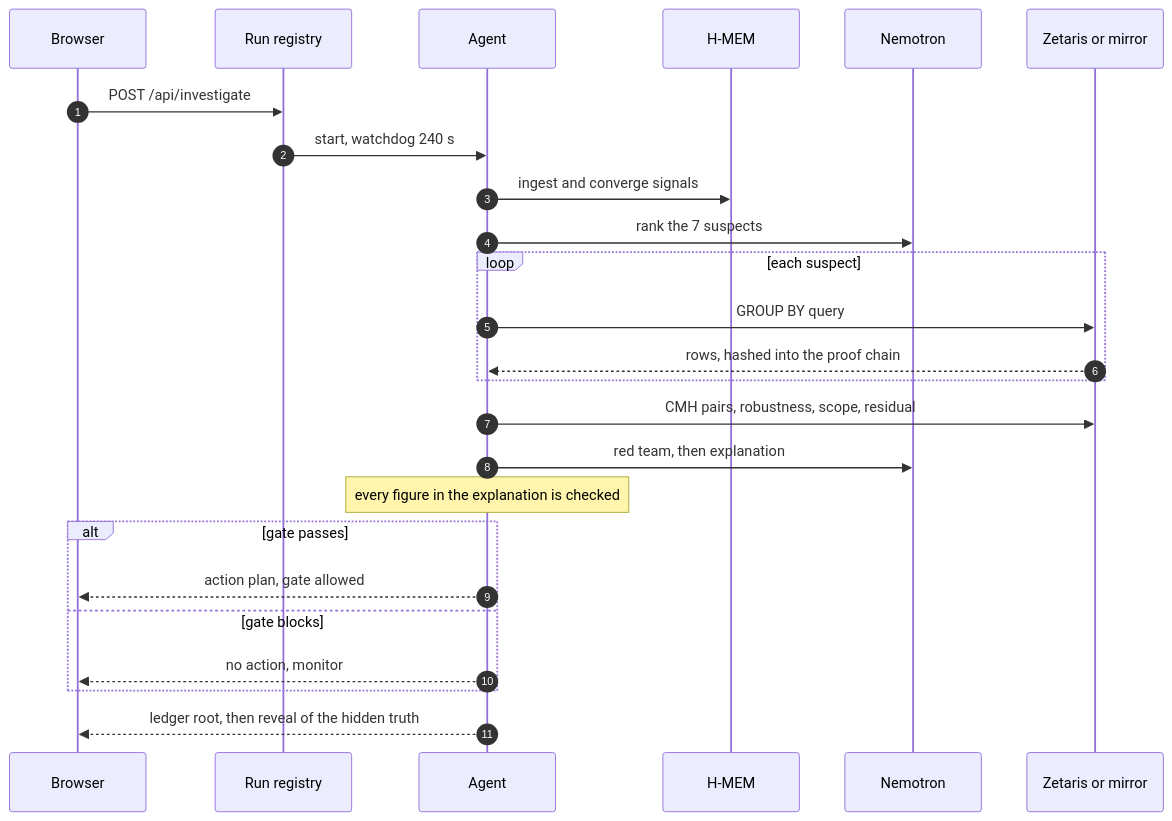
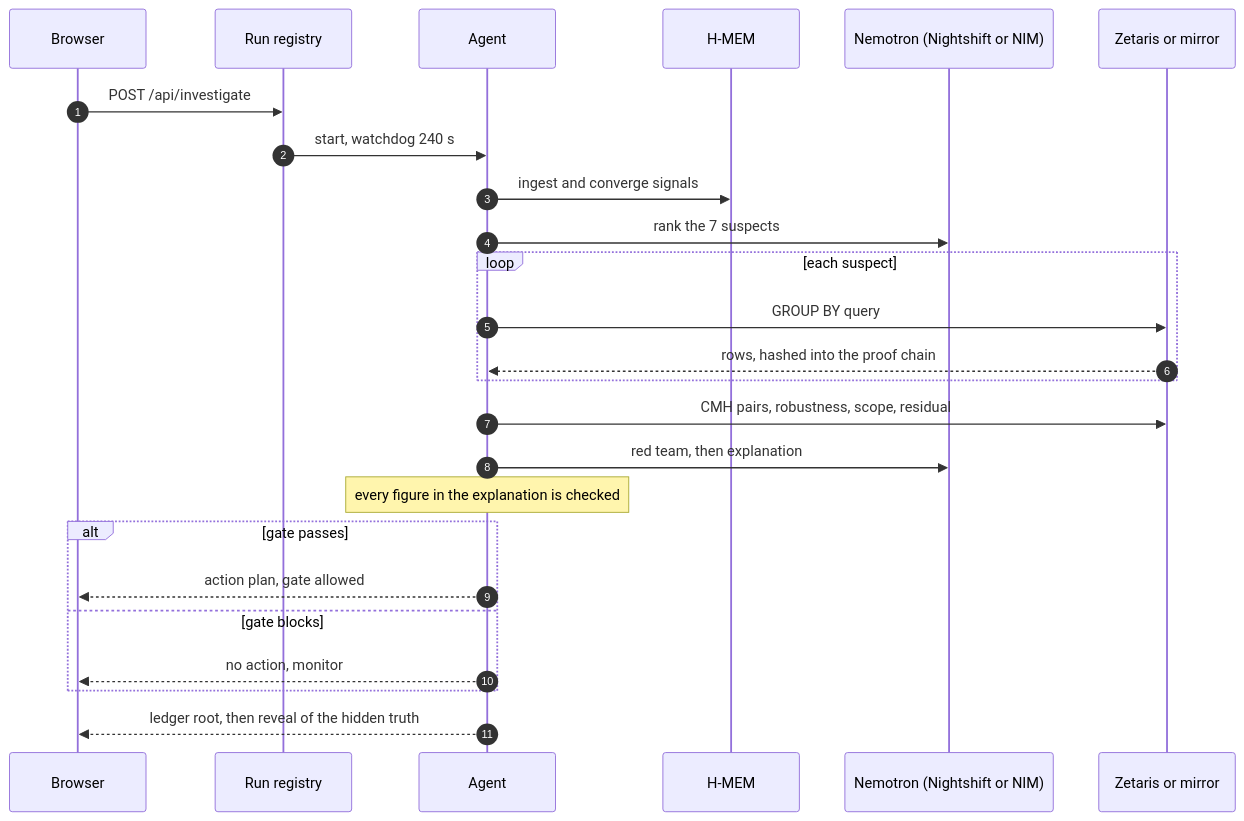
One commit to NetLayerLabs/Traceon changed the fourth of 7 diagrams in README.md. Above: the diagram before and after it, drawn with Mermaid. The commit also changed other lines of this file and 18 other files, not shown here.

````diff
--- a/README.md
+++ b/README.md
@@ -183,28 +187,28 @@
 ```mermaid
 sequenceDiagram
   autonumber
   participant B as Browser
   participant R as Run registry
   participant E as Agent
   participant M as H-MEM
-  participant N as Nemotron
+  participant N as Nemotron (Nightshift or NIM)
   participant Z as Zetaris or mirror
 
   B->>R: POST /api/investigate
   R->>E: start, watchdog 240 s
   E->>M: ingest and converge signals
   E->>N: rank the 7 suspects
   loop each suspect
     E->>Z: GROUP BY query
     Z-->>E: rows, hashed into the proof chain
   end
   E->>Z: CMH pairs, robustness, scope, residual
   E->>N: red team, then explanation
   Note over E: every figure in the explanation is checked
   alt gate passes
     E-->>B: action plan, gate allowed
   else gate blocks
     E-->>B: no action, monitor
   end
   E-->>B: ledger root, then reveal of the hidden truth
 ```
````
